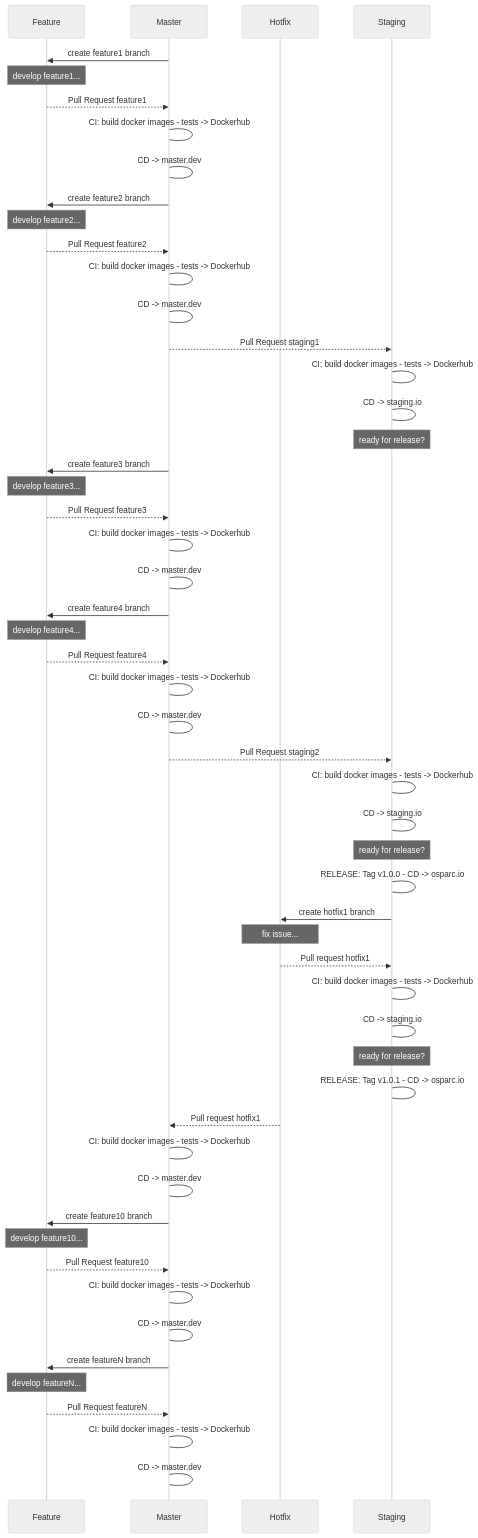
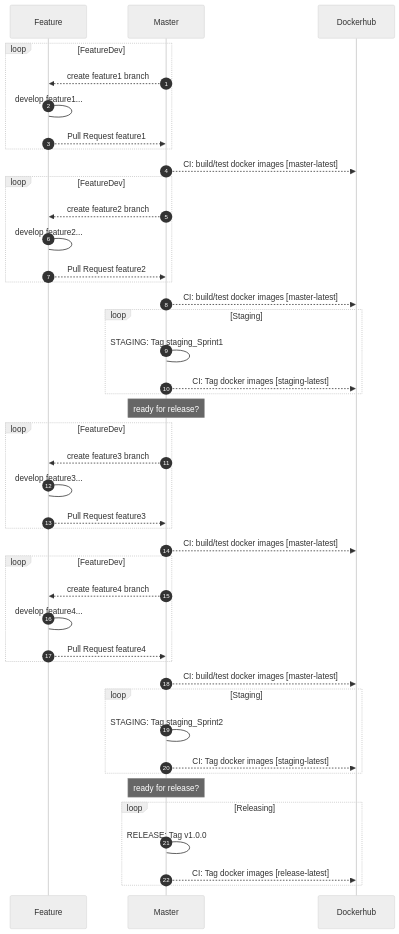
The first of 2 diagrams in docs/img/git-release-workflow.md (ITISFoundation/osparc-simcore), drawn with Mermaid (neutral theme) before and after one commit. The commit also changed other lines of this file, not shown here.

Commit message:
Update CI process

````diff
--- a/docs/img/git-release-workflow.md
+++ b/docs/img/git-release-workflow.md
@@ -5,65 +6,52 @@
 ```mermaid
 sequenceDiagram
+autonumber
 participant Feature
 participant Master
-participant Hotfix
-participant Staging
+participant Dockerhub
 
-Master->>Feature: create feature1 branch
-Note over Feature: develop feature1...
-Feature-->>Master: Pull Request feature1
-Master->Master: CI: build docker images - tests -> Dockerhub
-Master->Master: CD -> master.dev
+Loop FeatureDev
+  Master-->>Feature: create feature1 branch
+  Feature->Feature: develop feature1...
+  Feature-->>Master: Pull Request feature1
+end
+Master-->>Dockerhub: CI: build/test docker images [master-latest]
 
-Master->>Feature: create feature2 branch
-Note over Feature: develop feature2...
-Feature-->>Master: Pull Request feature2
-Master->Master: CI: build docker images - tests -> Dockerhub
-Master->Master: CD -> master.dev
+Loop FeatureDev
+  Master-->>Feature: create feature2 branch
+  Feature->Feature: develop feature2...
+  Feature-->>Master: Pull Request feature2
+end
+Master-->>Dockerhub: CI: build/test docker images [master-latest]
 
-Master-->>Staging: Pull Request staging1
-Staging->Staging: CI: build docker images - tests -> Dockerhub
-Staging->Staging: CD -> staging.io
-Note over Staging: ready for release?
+Loop Staging
+  Master->Master: STAGING: Tag staging_Sprint1
+  Master-->>Dockerhub: CI: Tag docker images [staging-latest]
+end
+Note over Master: ready for release?
 
-Master->>Feature: create feature3 branch
-Note over Feature: develop feature3...
-Feature-->>Master: Pull Request feature3
-Master->Master: CI: build docker images - tests -> Dockerhub
-Master->Master: CD -> master.dev
+Loop FeatureDev
+  Master-->>Feature: create feature3 branch
+  Feature->Feature: develop feature3...
+  Feature-->>Master: Pull Request feature3
+end
+Master-->>Dockerhub: CI: build/test docker images [master-latest]
 
-Master->>Feature: create feature4 branch
-Note over Feature: develop feature4...
-Feature-->>Master: Pull Request feature4
-Master->Master: CI: build docker images - tests -> Dockerhub
-Master->Master: CD -> master.dev
+Loop FeatureDev
+  Master-->>Feature: create feature4 branch
+  Feature->Feature: develop feature4...
+  Feature-->>Master: Pull Request feature4
+end
+Master-->>Dockerhub: CI: build/test docker images [master-latest]
 
-Master-->>Staging: Pull Request staging2
-Staging->Staging: CI: build docker images - tests -> Dockerhub
-Staging->Staging: CD -> staging.io
-Note over Staging: ready for release?
-Staging->Staging: RELEASE: Tag v1.0.0 - CD -> osparc.io
+Loop Staging
+  Master->Master: STAGING: Tag staging_Sprint2
+  Master-->>Dockerhub: CI: Tag docker images [staging-latest]
+end
+Note over Master: ready for release?
 
-Staging->>Hotfix: create hotfix1 branch
-Note over Hotfix: fix issue...
-Hotfix-->>Staging: Pull request hotfix1
-Staging->Staging: CI: build docker images - tests -> Dockerhub
-Staging->Staging: CD -> staging.io
-Note over Staging: ready for release?
-Staging->Staging: RELEASE: Tag v1.0.1 - CD -> osparc.io
-Hotfix-->>Master: Pull request hotfix1
-Master->Master: CI: build docker images - tests -> Dockerhub
-Master->Master: CD -> master.dev
-
-Master->>Feature: create feature10 branch
-Note over Feature: develop feature10...
-Feature-->>Master: Pull Request feature10
-Master->Master: CI: build docker images - tests -> Dockerhub
-Master->Master: CD -> master.dev
-
-Master->>Feature: create featureN branch
-Note over Feature: develop featureN...
-Feature-->>Master: Pull Request featureN
-Master->Master: CI: build docker images - tests -> Dockerhub
-Master->Master: CD -> master.dev
+Loop Releasing
+  Master->Master: RELEASE: Tag v1.0.0
+  Master-->>Dockerhub: CI: Tag docker images [release-latest]
+end
 ```
````
